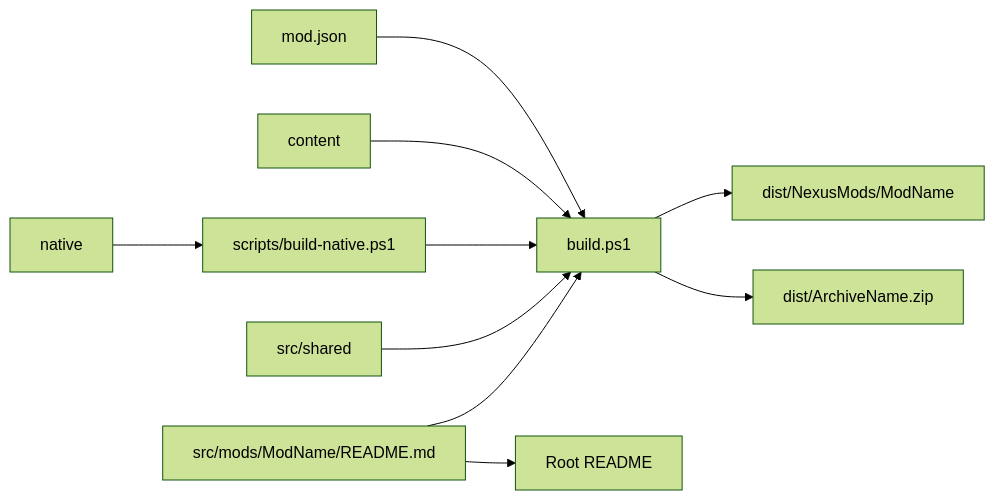
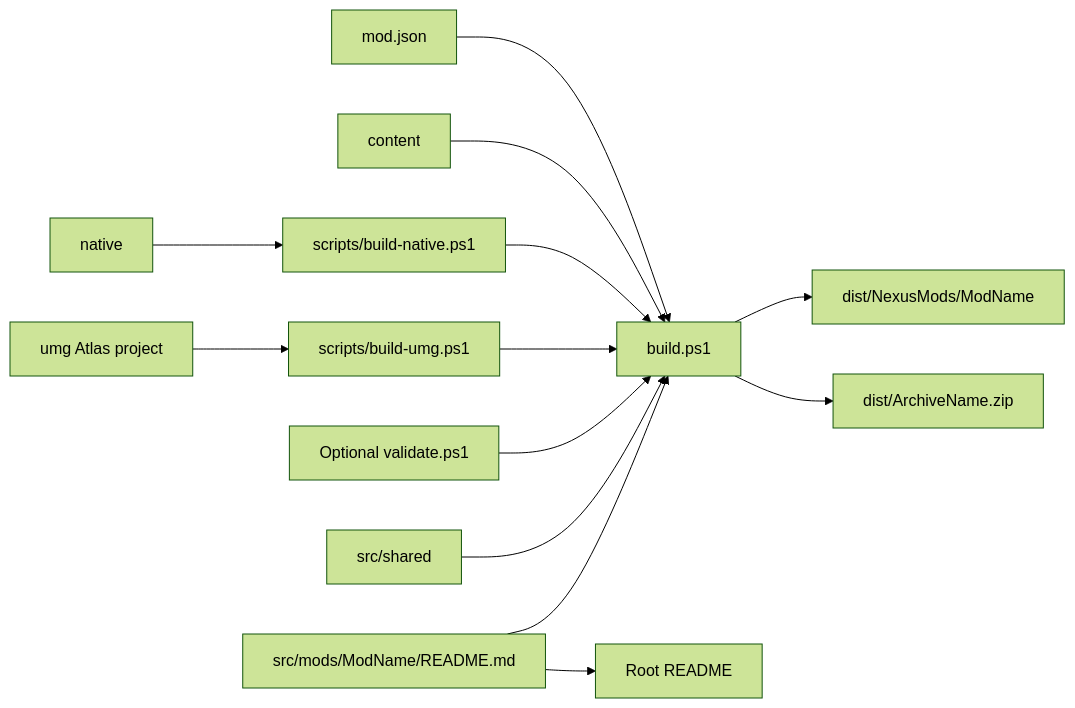
One commit to TheAngryByrd/Wayfinder-Mods changed the diagram in lode/distribution/build-system.md. Above: the diagram before and after it, drawn with Mermaid (forest theme). The commit also changed other lines of this file and 94 other files, not shown here.

````diff
--- a/lode/distribution/build-system.md
+++ b/lode/distribution/build-system.md
@@ -6,12 +6,15 @@
 ```mermaid
 flowchart LR
     Manifest[mod.json] --> Discover[build.ps1]
     Content[content] --> Discover
     Native[native] --> NativeBuild[scripts/build-native.ps1]
     NativeBuild --> Discover
+    UMG[umg Atlas project] --> UMGBuilder[scripts/build-umg.ps1]
+    UMGBuilder --> Discover
+    Validation[Optional validate.ps1] --> Discover
     Shared[src/shared] --> Discover
     ModReadme[src/mods/ModName/README.md] --> Catalog[Root README]
     ModReadme --> Discover
     Discover --> Package[dist/NexusMods/ModName]
     Discover --> Zip[dist/ArchiveName.zip]
 ```
````
